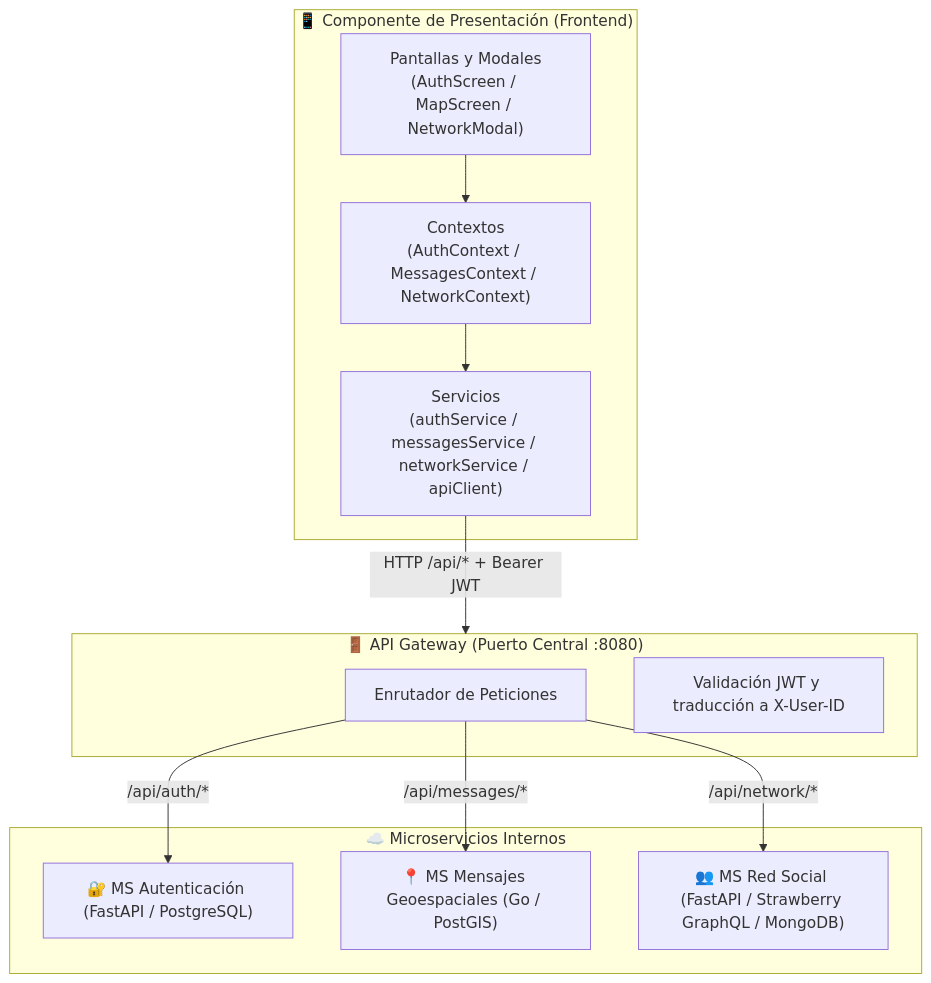
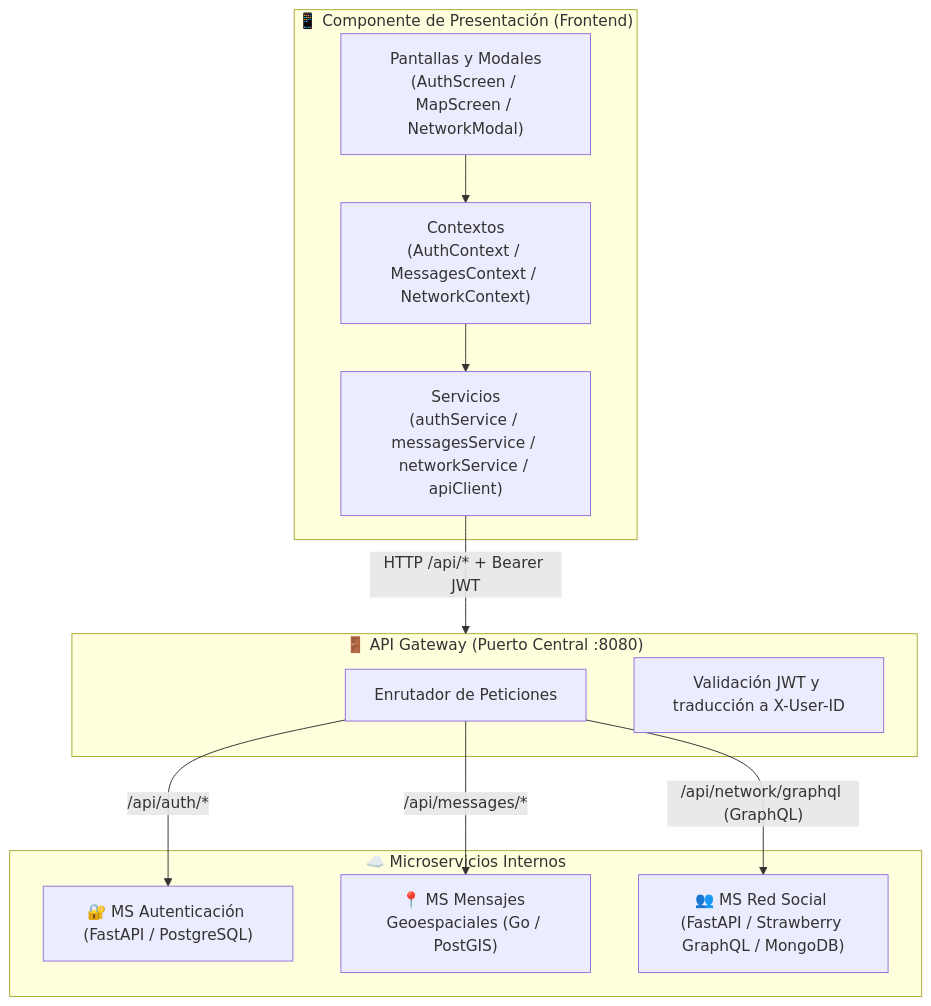
The first of 2 diagrams in frontend/API_GATEWAY_INTEGRATION.md (jumedinaca/swarch-project), drawn with Mermaid before and after one commit. The commit also changed other lines of this file and 4 other files, not shown here.

First line of the commit message:
fix(frontend): use GraphQL for the friends screen

````diff
--- a/frontend/API_GATEWAY_INTEGRATION.md
+++ b/frontend/API_GATEWAY_INTEGRATION.md
@@ -32,26 +32,26 @@
 ```mermaid
 flowchart TD
     subgraph Cliente["📱 Componente de Presentación (Frontend)"]
         UI["Pantallas y Modales\n(AuthScreen / MapScreen / NetworkModal)"]
         Context["Contextos\n(AuthContext / MessagesContext / NetworkContext)"]
         Services["Servicios\n(authService / messagesService / networkService / apiClient)"]
         UI --> Context
         Context --> Services
     end
 
     subgraph Gateway["🚪 API Gateway (Puerto Central :8080)"]
         Router["Enrutador de Peticiones"]
         AuthFilter["Validación JWT y traducción a X-User-ID"]
     end
 
     subgraph Backend["☁️ Microservicios Internos"]
         AuthMS["🔐 MS Autenticación (FastAPI / PostgreSQL)"]
         MsgMS["📍 MS Mensajes Geoespaciales (Go / PostGIS)"]
         NetMS["👥 MS Red Social (FastAPI / Strawberry GraphQL / MongoDB)"]
     end
 
     Services -- "HTTP /api/* + Bearer JWT" --> Gateway
     Router -- "/api/auth/*" --> AuthMS
     Router -- "/api/messages/*" --> MsgMS
-    Router -- "/api/network/*" --> NetMS
+    Router -- "/api/network/graphql (GraphQL)" --> NetMS
 ```
````
